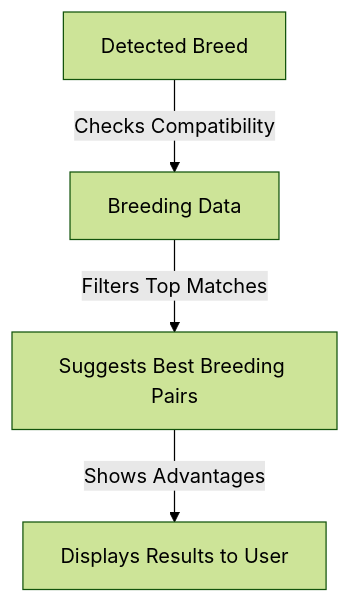
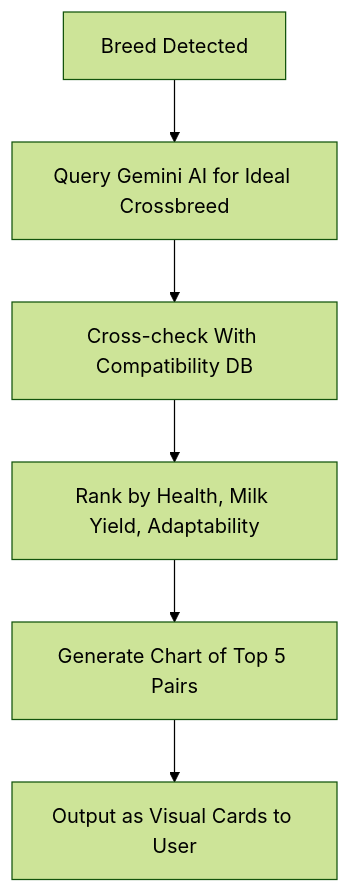
One commit to Maheshh-S/AquaBov changed the third of 5 diagrams in README.md. Above: the diagram before and after it, drawn with Mermaid (forest theme). The commit also changed other lines of this file, not shown here.

````diff
--- a/README.md
+++ b/README.md
@@ -53,6 +57,8 @@
 ```mermaid
 graph TD;
-    B[Detected Breed] -->|Checks Compatibility| D[Breeding Data]
-    D -->|Filters Top Matches| S[Suggests Best Breeding Pairs]
-    S -->|Shows Advantages| O[Displays Results to User]
+    B[Breed Detected] --> C[Query Gemini AI for Ideal Crossbreed]
+    C --> D[Cross-check With Compatibility DB]
+    D --> E[Rank by Health, Milk Yield, Adaptability]
+    E --> F[Generate Chart of Top 5 Pairs]
+    F --> G[Output as Visual Cards to User]
 ```
````
